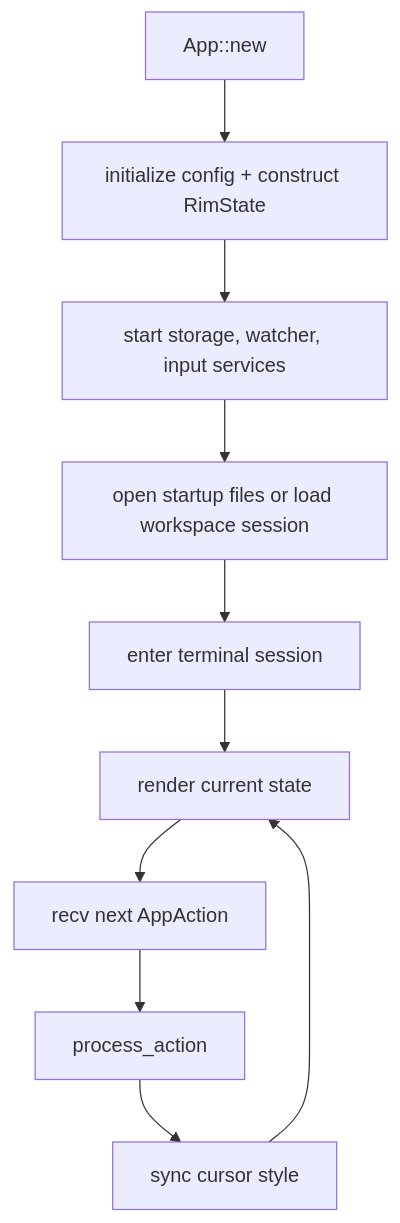
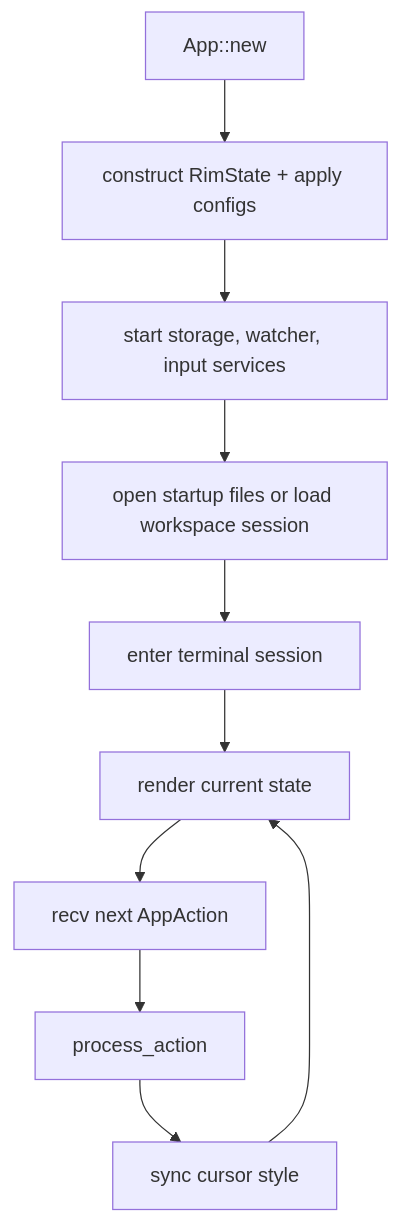
One commit to zooeywm/rim changed the diagram in docs/src/content/docs/architecture/runtime-event-loop.mdx. Above: the diagram before and after it, drawn with Mermaid. The commit also changed 9 other files, not shown here.

````diff
--- a/docs/src/content/docs/architecture/runtime-event-loop.mdx
+++ b/docs/src/content/docs/architecture/runtime-event-loop.mdx
@@ -12,12 +12,12 @@
 ```mermaid
 flowchart TD
-    Start["App::new"] --> Init["initialize config + construct RimState"]
+    Start["App::new"] --> Init["construct RimState + apply configs"]
     Init --> Services["start storage, watcher, input services"]
     Services --> Startup["open startup files or load workspace session"]
     Startup --> Terminal["enter terminal session"]
     Terminal --> Render["render current state"]
     Render --> Wait["recv next AppAction"]
     Wait --> Dispatch["process_action"]
     Dispatch --> Sync["sync cursor style"]
     Sync --> Render
 ```
````
